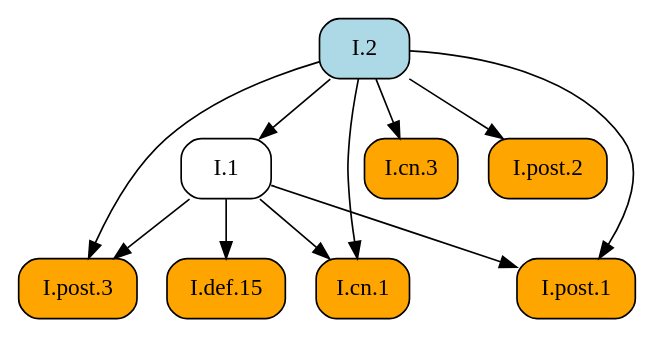
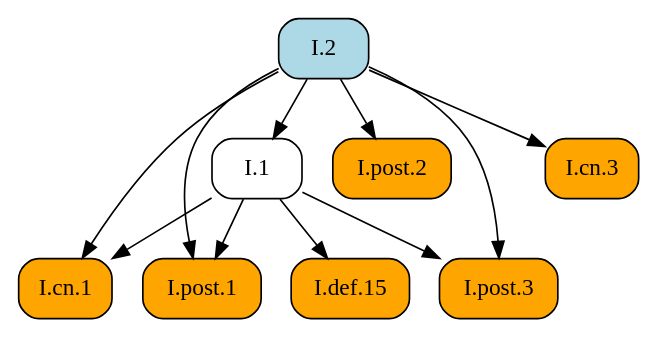
The diagram in docsrc/heath/I/2/index.rst (geometor/elements), drawn with Graphviz before and after one commit. The commit also changed other lines of this file and 484 other files, not shown here.

```diff
--- a/docsrc/heath/I/2/index.rst
+++ b/docsrc/heath/I/2/index.rst
@@ -89,24 +89,24 @@
 .. graphviz::
 
    digraph {
      rankdir="TB";
      node [shape=box, style=rounded];
+     "I.cn.1" [style="rounded,filled", fillcolor=orange, URL="/heath/I/cn.1/", target="_top"];
+     "I.1" [URL="/heath/I/1/", target="_top"];
+     "I.post.2" [style="rounded,filled", fillcolor=orange, URL="/heath/I/post.2/", target="_top"];
+     "I.post.1" [style="rounded,filled", fillcolor=orange, URL="/heath/I/post.1/", target="_top"];
+     "I.post.3" [style="rounded,filled", fillcolor=orange, URL="/heath/I/post.3/", target="_top"];
+     "I.2" [style="rounded,filled", fillcolor=lightblue, URL="/heath/I/2/", target="_top"];
      "I.def.15" [style="rounded,filled", fillcolor=orange, URL="/heath/I/def.15/", target="_top"];
-     "I.1" [URL="/heath/I/1/", target="_top"];
-     "I.post.3" [style="rounded,filled", fillcolor=orange, URL="/heath/I/post.3/", target="_top"];
-     "I.cn.1" [style="rounded,filled", fillcolor=orange, URL="/heath/I/cn.1/", target="_top"];
      "I.cn.3" [style="rounded,filled", fillcolor=orange, URL="/heath/I/cn.3/", target="_top"];
-     "I.post.2" [style="rounded,filled", fillcolor=orange, URL="/heath/I/post.2/", target="_top"];
-     "I.2" [style="rounded,filled", fillcolor=lightblue, URL="/heath/I/2/", target="_top"];
-     "I.post.1" [style="rounded,filled", fillcolor=orange, URL="/heath/I/post.1/", target="_top"];
-     "I.1" -> "I.def.15";
-     "I.2" -> "I.1";
-     "I.1" -> "I.post.3";
-     "I.2" -> "I.post.3";
      "I.1" -> "I.cn.1";
      "I.2" -> "I.cn.1";
-     "I.2" -> "I.cn.3";
+     "I.2" -> "I.1";
      "I.2" -> "I.post.2";
      "I.1" -> "I.post.1";
      "I.2" -> "I.post.1";
+     "I.1" -> "I.post.3";
+     "I.2" -> "I.post.3";
+     "I.1" -> "I.def.15";
+     "I.2" -> "I.cn.3";
    }
```
